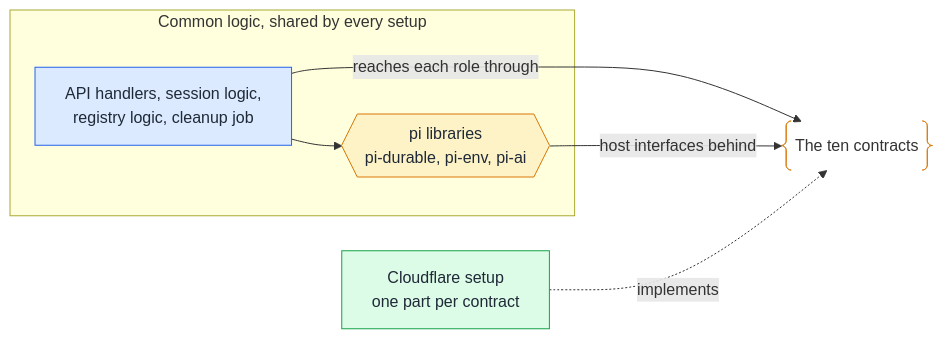
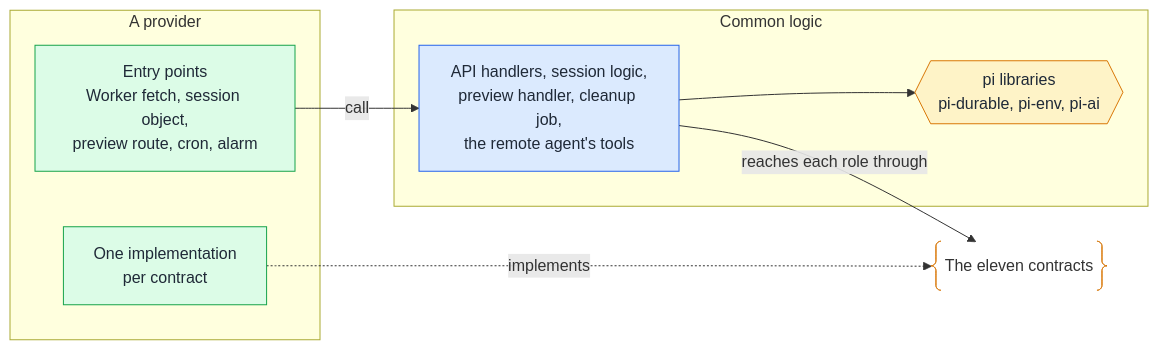
The second of 2 diagrams in docs/technical-design/runtime-components.md (asermax/tentacles), drawn with Mermaid before and after one commit. The commit also changed other lines of this file and 6 other files, not shown here.

````diff
--- a/docs/technical-design/runtime-components.md
+++ b/docs/technical-design/runtime-components.md
@@ -111,22 +117,24 @@
 ```mermaid
 flowchart LR
-    subgraph core["Common logic, shared by every setup"]
-        Logic@{ shape: rect, label: "API handlers, session logic,<br/>registry logic, cleanup job" }
+    subgraph setup["A provider"]
+        In@{ shape: rect, label: "Entry points<br/>Worker fetch, session object,<br/>preview route, cron, alarm" }
+        Impl@{ shape: rect, label: "One implementation<br/>per contract" }
+    end
+    subgraph core["Common logic"]
+        Logic@{ shape: rect, label: "API handlers, session logic,<br/>preview handler, cleanup job,<br/>the remote agent's tools" }
         Pi@{ shape: hex, label: "pi libraries<br/>pi-durable, pi-env, pi-ai" }
         Logic --> Pi
     end
-    Contracts@{ shape: braces, label: "The ten contracts" }
-    Cf@{ shape: rect, label: "Cloudflare setup<br/>one part per contract" }
+    Contracts@{ shape: braces, label: "The eleven contracts" }
+    In -->|"call"| Logic
     Logic -->|"reaches each role through"| Contracts
-    Pi -->|"host interfaces behind"| Contracts
-    Cf -.->|"implements"| Contracts
-
+    Impl -.->|"implements"| Contracts
     classDef blue fill:#dbeafe,stroke:#2563eb,color:#1f2937
     classDef green fill:#dcfce7,stroke:#16a34a,color:#1f2937
     classDef amber fill:#fef3c7,stroke:#d97706,color:#1f2937
     classDef payload stroke:#d97706
     class Logic blue
     class Pi amber
     class Contracts payload
-    class Cf green
+    class In,Impl green
 ```
````
